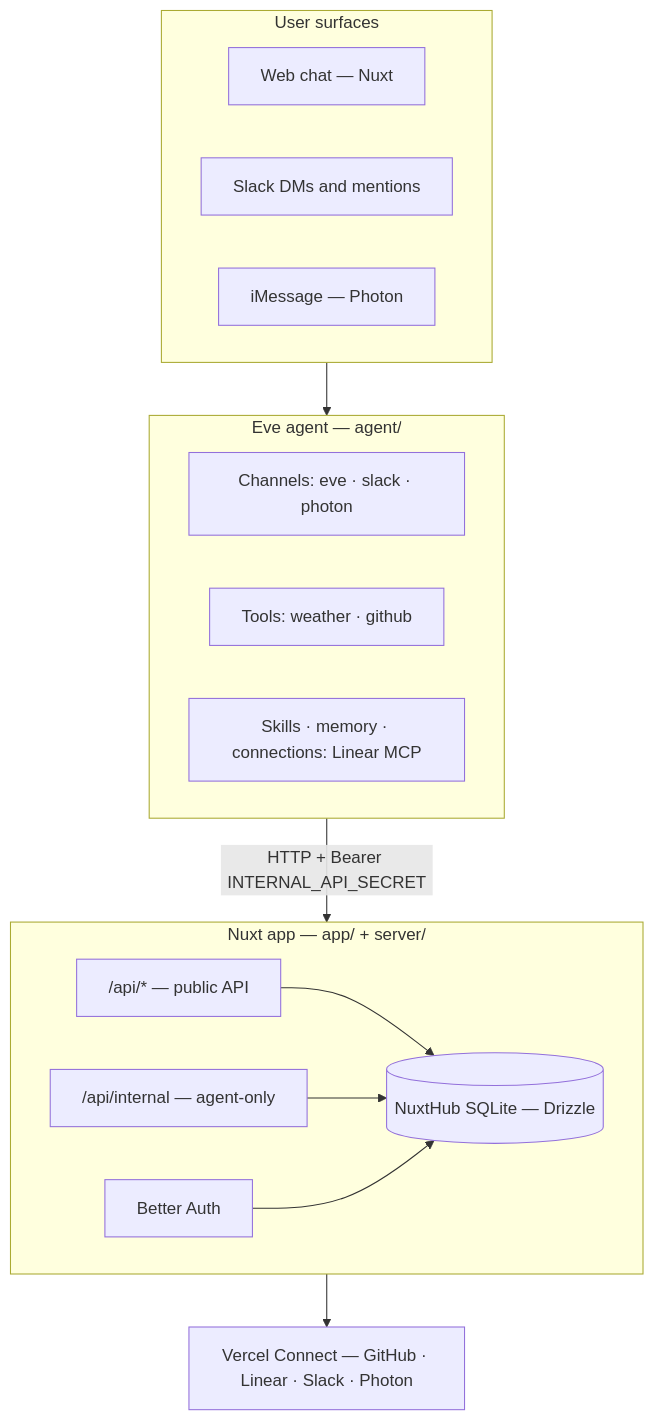
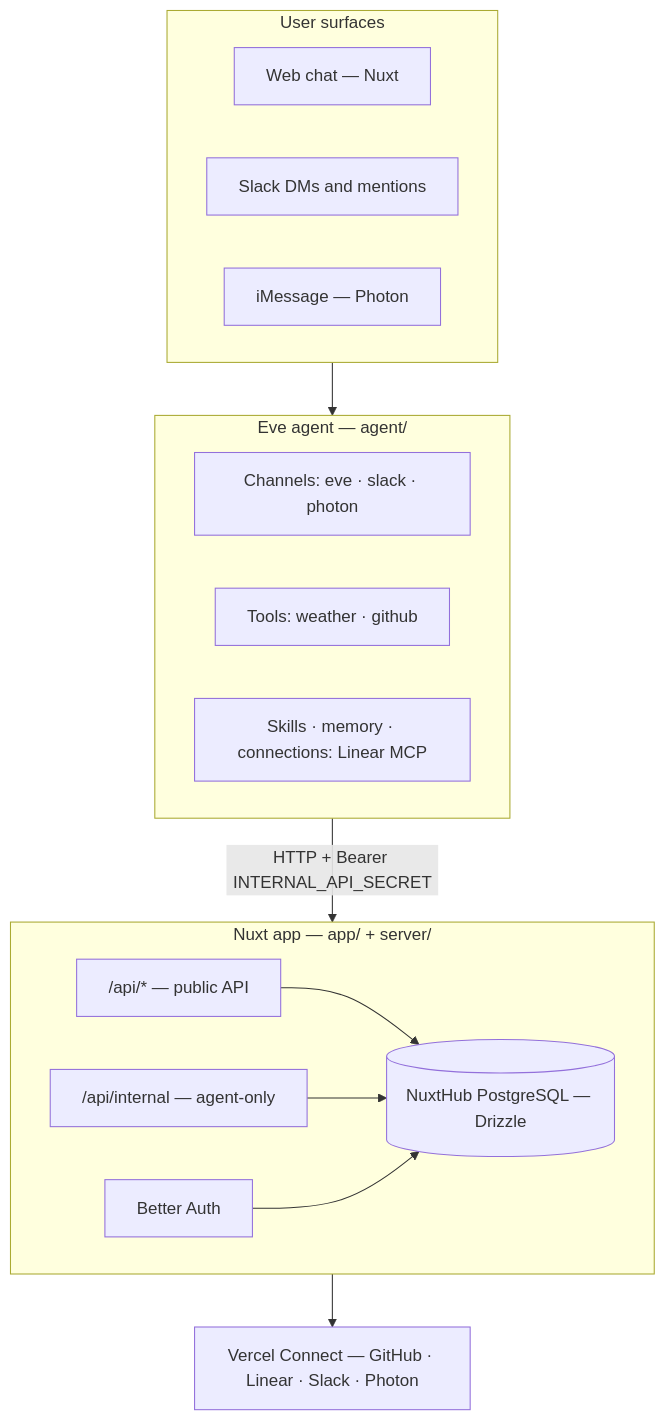
The diagram in docs/ARCHITECTURE.md (vercel-labs/personal-agent-template), drawn with Mermaid before and after one commit. The commit also changed other lines of this file and 16 other files, not shown here.

First line of the commit message:
feat(db): move from SQLite to PostgreSQL on Neon

````diff
--- a/docs/ARCHITECTURE.md
+++ b/docs/ARCHITECTURE.md
@@ -11,30 +11,30 @@
 ```mermaid
 flowchart TB
   subgraph surfaces [User surfaces]
     web[Web chat — Nuxt]
     slack[Slack DMs and mentions]
     imessage[iMessage — Photon]
   end
 
   subgraph eve [Eve agent — agent/]
     channels[Channels: eve · slack · photon]
     tools[Tools: weather · github]
     skills[Skills · memory · connections: Linear MCP]
   end
 
   subgraph nuxt [Nuxt app — app/ + server/]
     api["/api/* — public API"]
     internal["/api/internal — agent-only"]
     auth[Better Auth]
-    db[(NuxtHub SQLite — Drizzle)]
+    db[(NuxtHub PostgreSQL — Drizzle)]
   end
 
   connect[Vercel Connect — GitHub · Linear · Slack · Photon]
 
   surfaces --> eve
   eve -->|"HTTP + Bearer INTERNAL_API_SECRET"| nuxt
   api --> db
   internal --> db
   auth --> db
   nuxt --> connect
 ```
````
